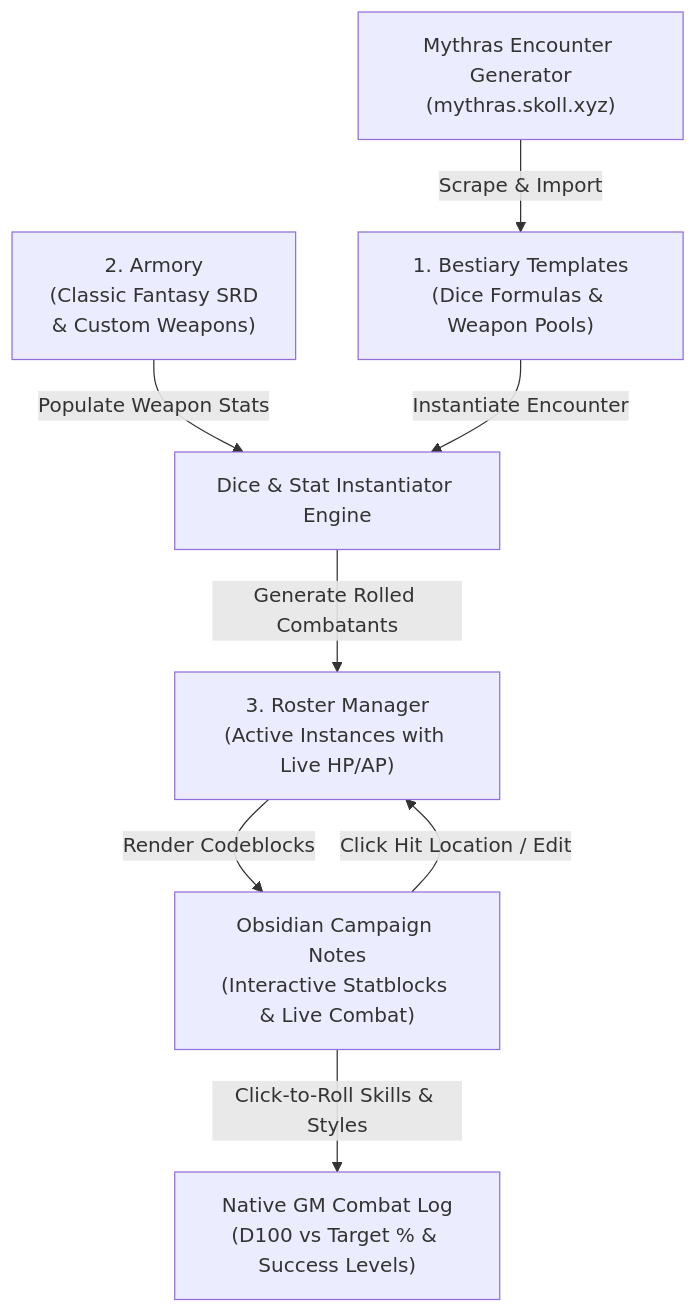
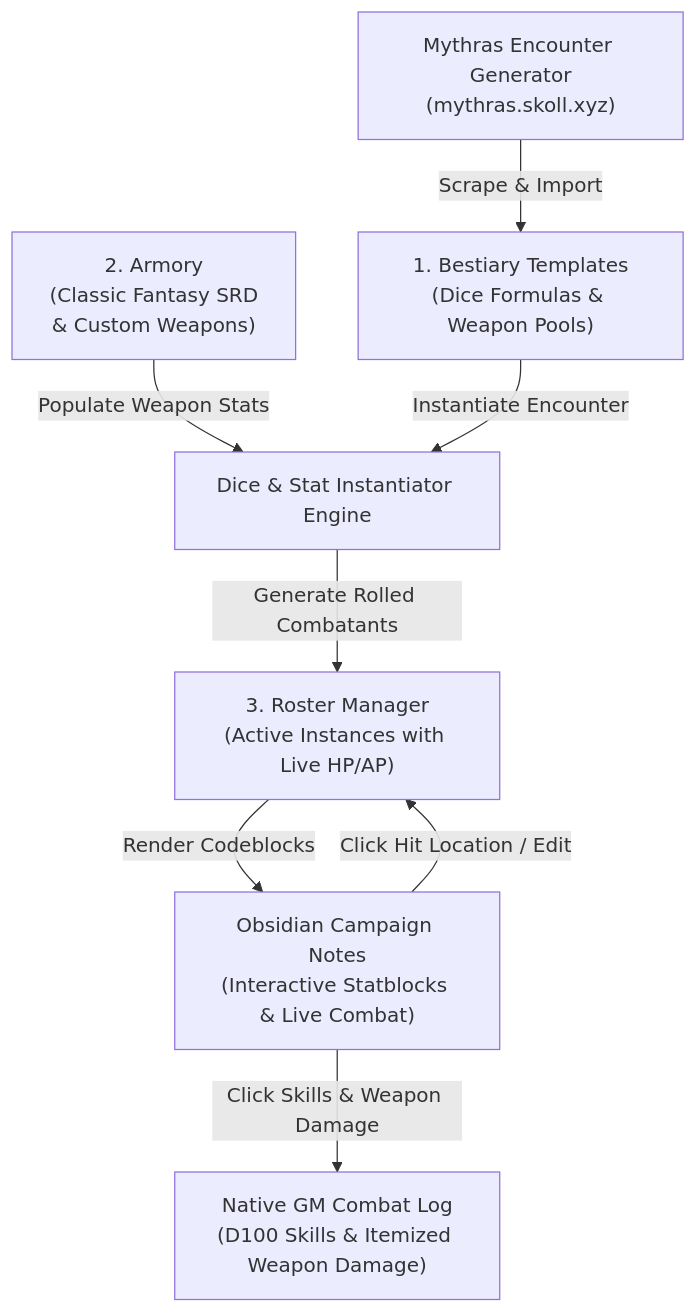
One commit to Dakkon77Blackblade/mythras-encounter-plugin changed the diagram in README.md. Above: the diagram before and after it, drawn with Mermaid. The commit also changed other lines of this file and 1 other file, not shown here.

Commit message:
Docs: Update CHANGELOG and README for weapon damage feature

````diff
--- a/README.md
+++ b/README.md
@@ -43,10 +43,10 @@
 ```mermaid
 flowchart TD
     Web["Mythras Encounter Generator\n(mythras.skoll.xyz)"] -->|Scrape & Import| Bestiary["1. Bestiary Templates\n(Dice Formulas & Weapon Pools)"]
     Armory["2. Armory\n(Classic Fantasy SRD\n& Custom Weapons)"] -->|Populate Weapon Stats| Instantiator["Dice & Stat Instantiator Engine"]
     Bestiary -->|Instantiate Encounter| Instantiator
     Instantiator -->|Generate Rolled Combatants| Roster["3. Roster Manager\n(Active Instances with Live HP/AP)"]
     Roster -->|Render Codeblocks| Notes["Obsidian Campaign Notes\n(Interactive Statblocks & Live Combat)"]
     Notes -->|Click Hit Location / Edit| Roster
-    Notes -->|Click-to-Roll Skills & Styles| CombatLog["Native GM Combat Log\n(D100 vs Target % & Success Levels)"]
+    Notes -->|Click Skills & Weapon Damage| CombatLog["Native GM Combat Log\n(D100 Skills & Itemized Weapon Damage)"]
 ```
````
